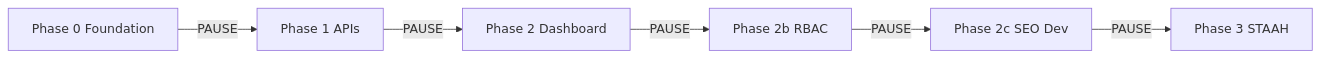
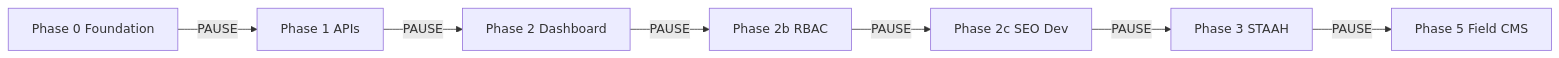
One commit to Saad248-web/Jade_Revamp changed the first of 5 diagrams in .cursor/plans/custom_villa_pms_36203919.plan.md. Above: the diagram before and after it, drawn with Mermaid. The commit also changed other lines of this file and 397 other files, not shown here.

````diff
--- a/.cursor/plans/custom_villa_pms_36203919.plan.md
+++ b/.cursor/plans/custom_villa_pms_36203919.plan.md
@@ -102,14 +163,16 @@
 ```mermaid
 flowchart LR
   P0[Phase 0 Foundation]
   P1[Phase 1 APIs]
   P2[Phase 2 Dashboard]
   P2b[Phase 2b RBAC]
   P2c[Phase 2c SEO Dev]
   P3[Phase 3 STAAH]
+  P5[Phase 5 Field CMS]
   P0 -->|"PAUSE"| P1
   P1 -->|"PAUSE"| P2
   P2 -->|"PAUSE"| P2b
   P2b -->|"PAUSE"| P2c
   P2c -->|"PAUSE"| P3
+  P3 -->|"PAUSE"| P5
 ```
````
